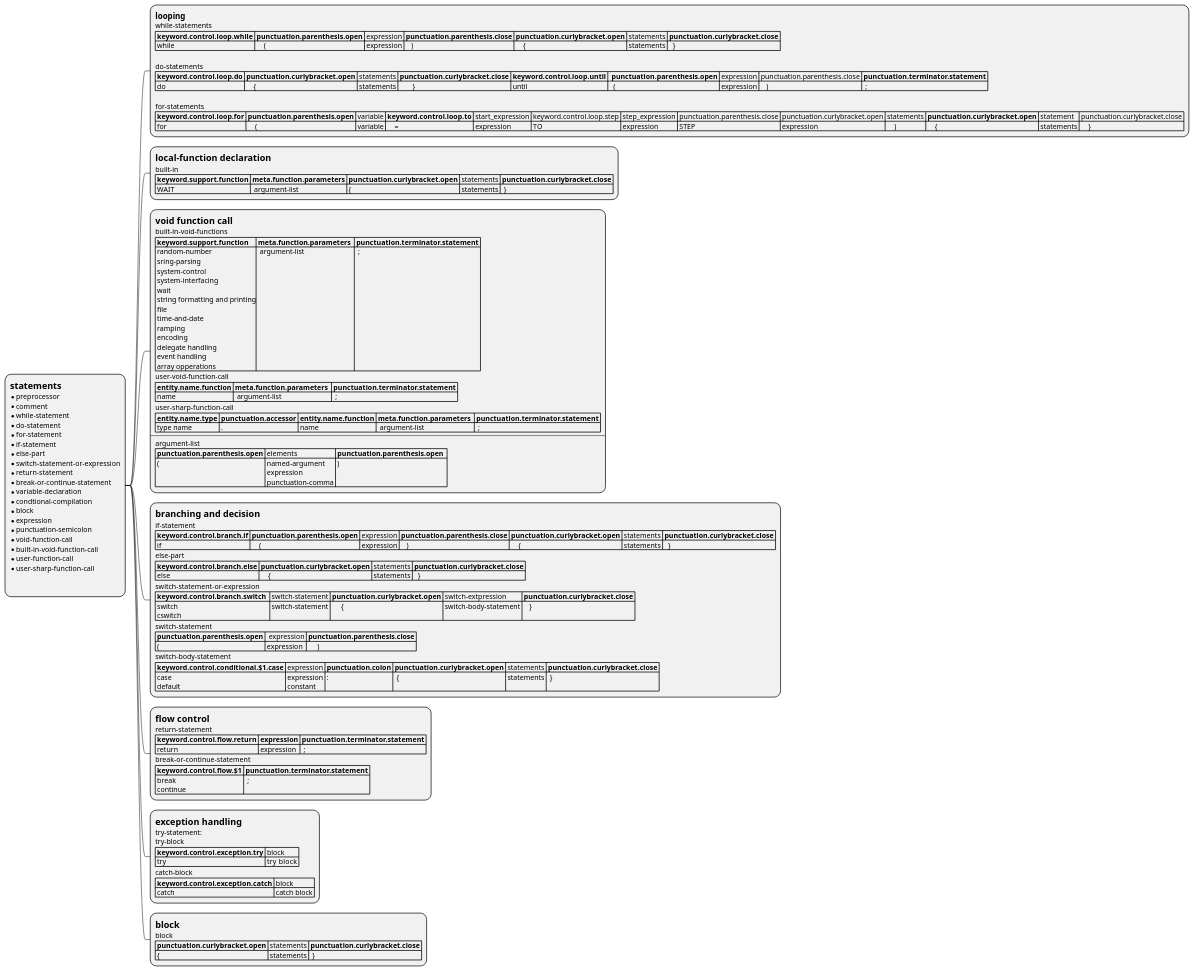
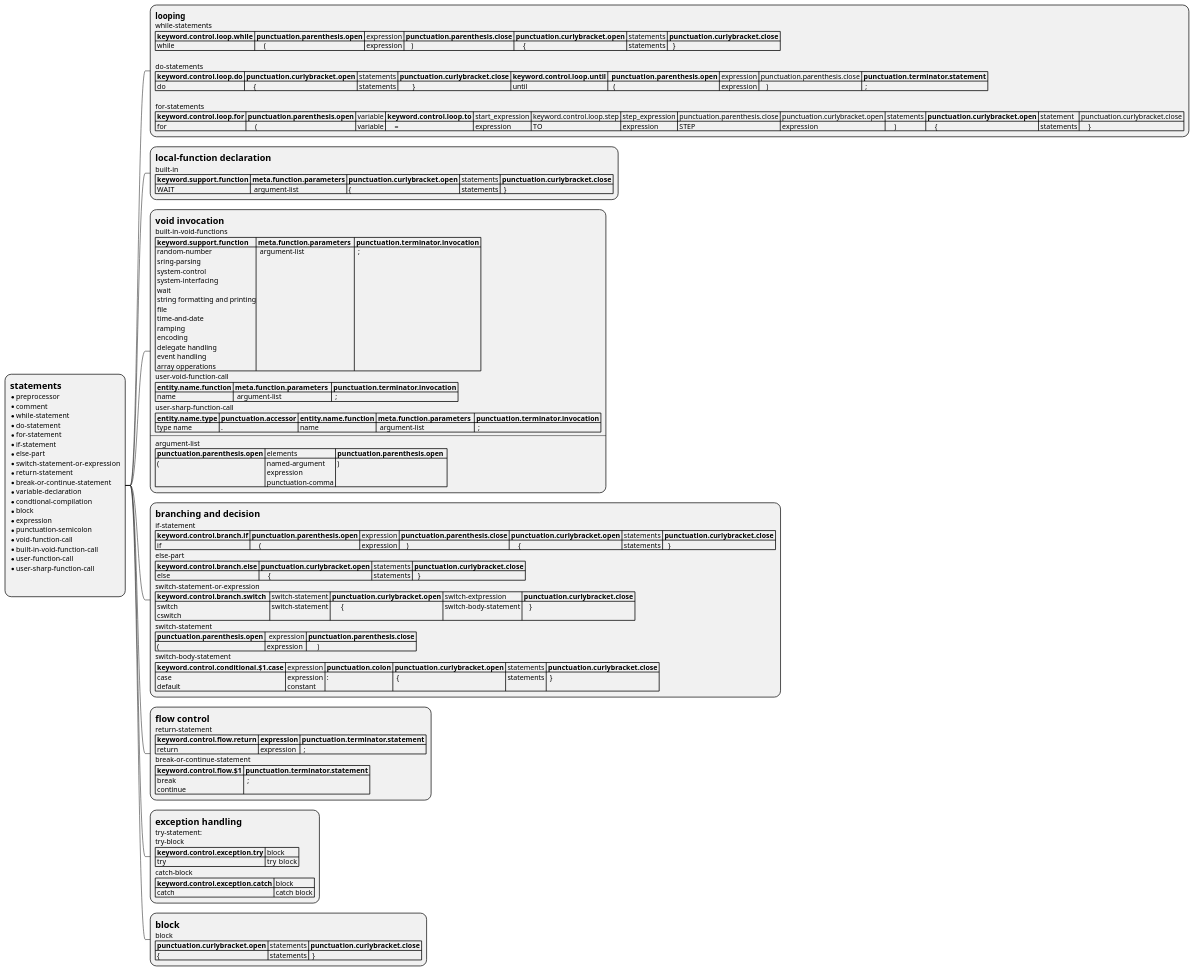
One commit to alvaroyurrita/vscode-crestron-splus changed the diagram in csharp-syntax-mindmap/statements.puml. Above: the diagram before and after it, drawn with PlantUML. The commit also changed 11 other files, not shown here.

```diff
--- a/csharp-syntax-mindmap/statements.puml
+++ b/csharp-syntax-mindmap/statements.puml
@@ -1,97 +1,97 @@
 @startmindmap
 *:= statements
 * preprocessor
 * comment
 * while-statement
 * do-statement
 * for-statement
 * if-statement
 * else-part
 * switch-statement-or-expression
 * return-statement
 * break-or-continue-statement
 * variable-declaration
 * condtional-compilation
 * block
 * expression
 * punctuation-semicolon
 * void-function-call
 * built-in-void-function-call
 * user-function-call
 * user-sharp-function-call
 
 ;
 
 **:== looping
 while-statements
 |= keyword.control.loop.while |= punctuation.parenthesis.open | expression |= punctuation.parenthesis.close |= punctuation.curlybracket.open | statements |= punctuation.curlybracket.close |
 | while |     ( | expression |    )  |     { | statements |   } |
 
 do-statements
 |= keyword.control.loop.do |= punctuation.curlybracket.open | statements |= punctuation.curlybracket.close |= keyword.control.loop.until |=  punctuation.parenthesis.open | expression | punctuation.parenthesis.close |= punctuation.terminator.statement |
 | do |     { | statements |        } | until |   ( | expression |    )  |  ; |
 
 for-statements
 |= keyword.control.loop.for |= punctuation.parenthesis.open | variable |= keyword.control.loop.to | start_expression | keyword.control.loop.step | step_expression | punctuation.parenthesis.close | punctuation.curlybracket.open | statements |= punctuation.curlybracket.open | statement | punctuation.curlybracket.close |
 | for |     ( | variable |     = | expression | TO | expression | STEP | expression |     ) |     { | statements |     } |;
 
 **:= local-function declaration
 built-in
 |= keyword.support.function |= meta.function.parameters |= punctuation.curlybracket.open | statements |= punctuation.curlybracket.close |
 | WAIT |  argument-list | {  | statements |  }  |;
 
-**:= void function call
+**:= void invocation
 built-in-void-functions
-|= keyword.support.function |= meta.function.parameters  |= punctuation.terminator.statement |
+|= keyword.support.function |= meta.function.parameters  |= punctuation.terminator.invocation |
 | random-number\n sring-parsing\n system-control\n system-interfacing\n wait\n string formatting and printing\n file\n time-and-date\n ramping\n encoding\n delegate handling\n event handling\n array opperations |  argument-list |  ;  |
 user-void-function-call
-|= entity.name.function |= meta.function.parameters  |= punctuation.terminator.statement |
+|= entity.name.function |= meta.function.parameters  |= punctuation.terminator.invocation |
 | name |  argument-list |  ;  |
 user-sharp-function-call
-|= entity.name.type |= punctuation.accessor |= entity.name.function |= meta.function.parameters  |= punctuation.terminator.statement |
+|= entity.name.type |= punctuation.accessor |= entity.name.function |= meta.function.parameters  |= punctuation.terminator.invocation |
 | type name | . | name |  argument-list |  ;  |
 ----
 argument-list
 |= punctuation.parenthesis.open | elements |= punctuation.parenthesis.open  |
 | (  | named-argument \n expression \n punctuation-comma | )  |;
 
 **:= branching and decision
 if-statement
 |= keyword.control.branch.if |= punctuation.parenthesis.open | expression |= punctuation.parenthesis.close |= punctuation.curlybracket.open | statements |= punctuation.curlybracket.close |
 | if |     ( | expression |    )  |     { | statements |   } |
 else-part
 |= keyword.control.branch.else |= punctuation.curlybracket.open | statements |= punctuation.curlybracket.close |
 | else |     { | statements |   } |
 switch-statement-or-expression
 |= keyword.control.branch.switch  | switch-statement |= punctuation.curlybracket.open | switch-extpression  |= punctuation.curlybracket.close |
 | switch \n cswitch | switch-statement |      { | switch-body-statement |    } |
 switch-statement
 |= punctuation.parenthesis.open |  expression |= punctuation.parenthesis.close |
 | ( | expression |      ) |
 switch-body-statement
 |= keyword.control.conditional.$1.case | expression |= punctuation.colon |= punctuation.curlybracket.open | statements |= punctuation.curlybracket.close |
 | case \n default | expression \n constant | : |  { | statements |  }  |  ; |;
 
 **:= flow control
 return-statement
 |= keyword.control.flow.return |= expression |= punctuation.terminator.statement |
 | return | expression |  ; |
 break-or-continue-statement
 |= keyword.control.flow.$1 |= punctuation.terminator.statement |
 | break \n continue |  ; |;
 
 **:= exception handling
 try-statement:
 try-block
 |= keyword.control.exception.try | block |
 | try | try  block |
 catch-block
 |= keyword.control.exception.catch | block |
 | catch | catch block |;
 **:=block
 block
 |= punctuation.curlybracket.open | statements |= punctuation.curlybracket.close |
 | { | statements |  } |;
 
 
 @endmindmap
```
